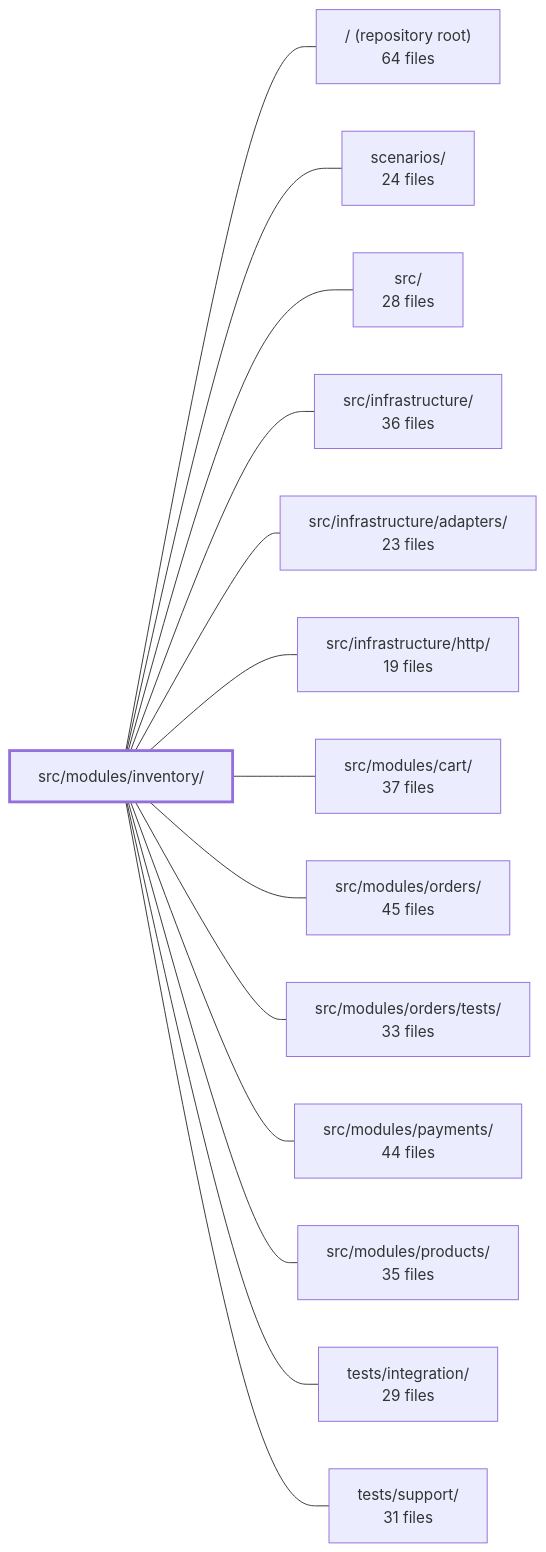
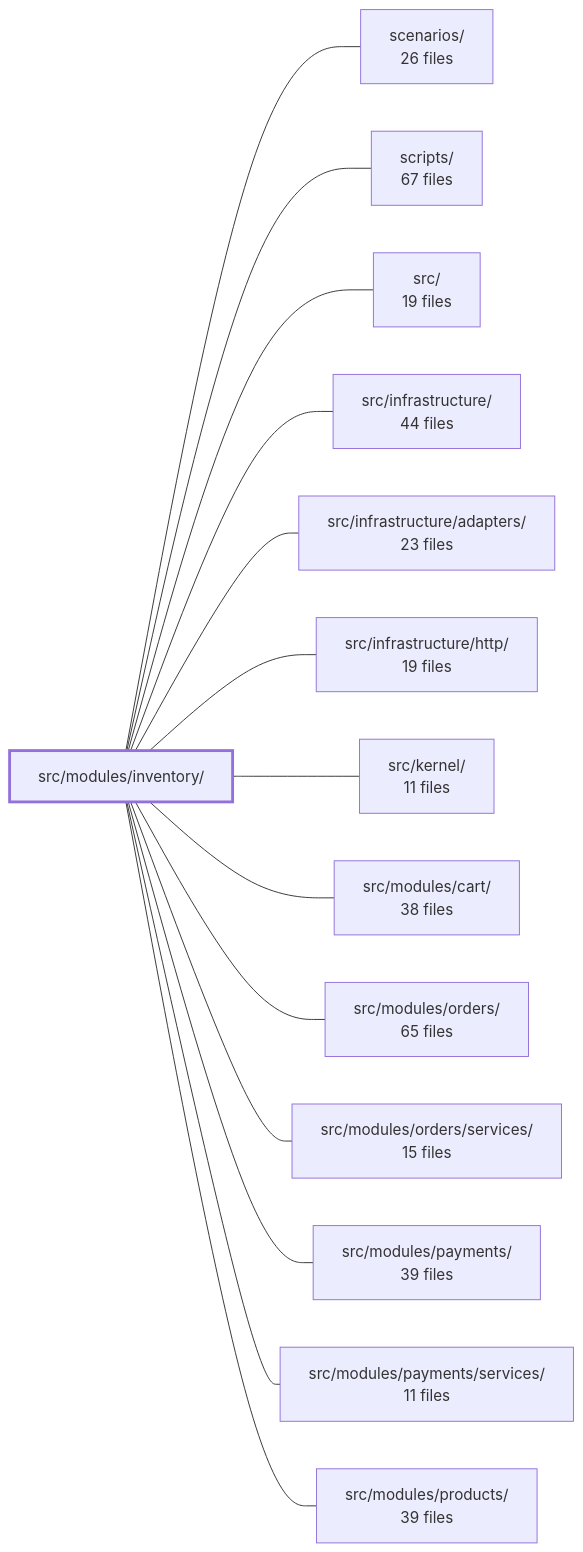
The diagram in .2brain/modules/boilerplate-node-backend_src_modules_inventory.md (Guebbit/boilerplate-node-backend), drawn with Mermaid before and after one commit. The commit also changed other lines of this file and 137 other files, not shown here.

````diff
--- a/.2brain/modules/boilerplate-node-backend_src_modules_inventory.md
+++ b/.2brain/modules/boilerplate-node-backend_src_modules_inventory.md
@@ -42,31 +43,31 @@
 ```mermaid
 flowchart LR
     m_src_modules_inventory["src/modules/inventory/"]
-    m_root["/ (repository root)<br/>64 files"]
-    m_scenarios["scenarios/<br/>24 files"]
-    m_src["src/<br/>28 files"]
-    m_src_infrastructure["src/infrastructure/<br/>36 files"]
+    m_scenarios["scenarios/<br/>26 files"]
+    m_scripts["scripts/<br/>67 files"]
+    m_src["src/<br/>19 files"]
+    m_src_infrastructure["src/infrastructure/<br/>44 files"]
     m_src_infrastructure_adapters["src/infrastructure/adapters/<br/>23 files"]
     m_src_infrastructure_http["src/infrastructure/http/<br/>19 files"]
-    m_src_modules_cart["src/modules/cart/<br/>37 files"]
-    m_src_modules_orders["src/modules/orders/<br/>45 files"]
-    m_src_modules_orders_tests["src/modules/orders/tests/<br/>33 files"]
-    m_src_modules_payments["src/modules/payments/<br/>44 files"]
-    m_src_modules_products["src/modules/products/<br/>35 files"]
-    m_tests_integration["tests/integration/<br/>29 files"]
-    m_tests_support["tests/support/<br/>31 files"]
-    m_src_modules_inventory --- m_root
+    m_src_kernel["src/kernel/<br/>11 files"]
+    m_src_modules_cart["src/modules/cart/<br/>38 files"]
+    m_src_modules_orders["src/modules/orders/<br/>65 files"]
+    m_src_modules_orders_services["src/modules/orders/services/<br/>15 files"]
+    m_src_modules_payments["src/modules/payments/<br/>39 files"]
+    m_src_modules_payments_services["src/modules/payments/services/<br/>11 files"]
+    m_src_modules_products["src/modules/products/<br/>39 files"]
     m_src_modules_inventory --- m_scenarios
+    m_src_modules_inventory --- m_scripts
     m_src_modules_inventory --- m_src
     m_src_modules_inventory --- m_src_infrastructure
     m_src_modules_inventory --- m_src_infrastructure_adapters
     m_src_modules_inventory --- m_src_infrastructure_http
+    m_src_modules_inventory --- m_src_kernel
     m_src_modules_inventory --- m_src_modules_cart
     m_src_modules_inventory --- m_src_modules_orders
-    m_src_modules_inventory --- m_src_modules_orders_tests
+    m_src_modules_inventory --- m_src_modules_orders_services
     m_src_modules_inventory --- m_src_modules_payments
+    m_src_modules_inventory --- m_src_modules_payments_services
     m_src_modules_inventory --- m_src_modules_products
-    m_src_modules_inventory --- m_tests_integration
-    m_src_modules_inventory --- m_tests_support
     style m_src_modules_inventory stroke-width:3px
 ```
````
